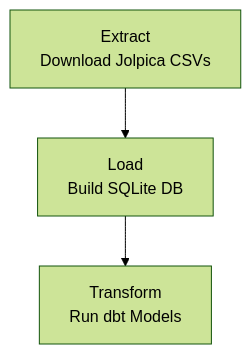
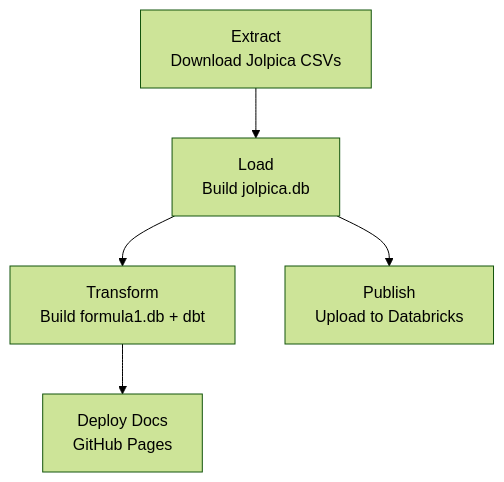
The second of 2 diagrams in README.md (jmr-lab/f1-elt-pipeline), drawn with Mermaid (forest theme) before and after one commit. The commit also changed other lines of this file, not shown here.

````diff
--- a/README.md
+++ b/README.md
@@ -45,5 +51,7 @@
 ```mermaid
 flowchart TD
-    extract["Extract<br/>Download Jolpica CSVs"] --> load["Load<br/>Build SQLite DB"]
-    load --> transform["Transform<br/>Run dbt Models"]
+    extract["Extract<br/>Download Jolpica CSVs"] --> load["Load<br/>Build jolpica.db"]
+    load --> transform["Transform<br/>Build formula1.db + dbt"]
+    load --> publish["Publish<br/>Upload to Databricks"]
+    transform --> docs["Deploy Docs<br/>GitHub Pages"]
 ```
````
